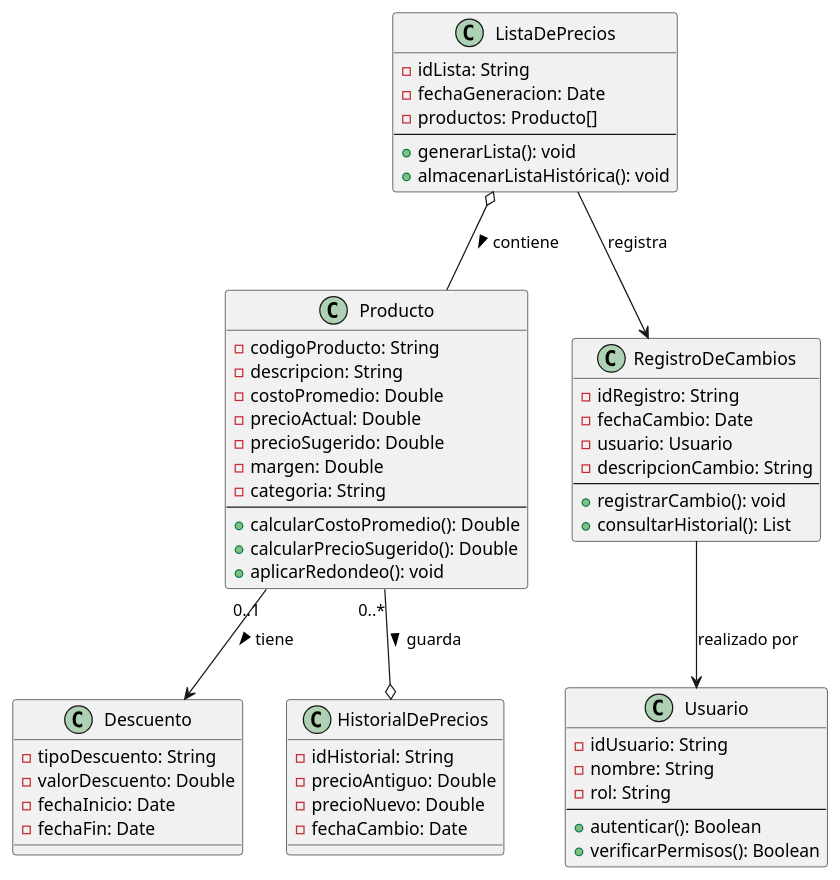
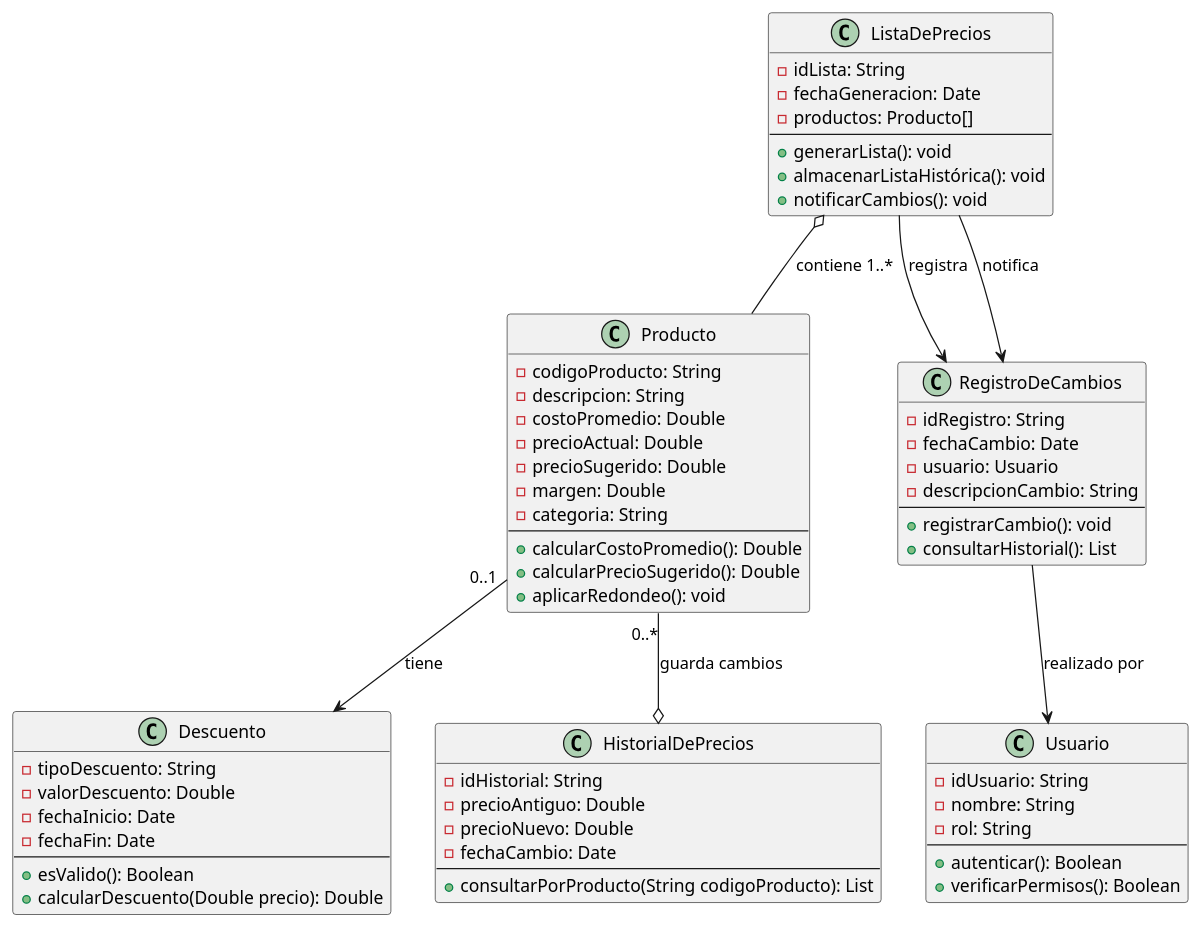
The diagram in diagramclass.plantuml (stevedch/aptc105), drawn with PlantUML before and after one commit. The commit also changed 4 other files, not shown here.

First line of the commit message:
docs(diagrams): update and enhance system diagrams with validation and modularity

```diff
--- a/diagramclass.plantuml
+++ b/diagramclass.plantuml
@@ -1,63 +1,70 @@
 @startuml
 class Producto {
     - codigoProducto: String
     - descripcion: String
     - costoPromedio: Double
     - precioActual: Double
     - precioSugerido: Double
     - margen: Double
     - categoria: String
     --
     + calcularCostoPromedio(): Double
     + calcularPrecioSugerido(): Double
     + aplicarRedondeo(): void
 }
 
 class ListaDePrecios {
     - idLista: String
     - fechaGeneracion: Date
     - productos: Producto[]
     --
     + generarLista(): void
     + almacenarListaHistórica(): void
+    + notificarCambios(): void
 }
 
 class Usuario {
     - idUsuario: String
     - nombre: String
     - rol: String
     --
     + autenticar(): Boolean
     + verificarPermisos(): Boolean
 }
 
 class RegistroDeCambios {
     - idRegistro: String
     - fechaCambio: Date
     - usuario: Usuario
     - descripcionCambio: String
     --
     + registrarCambio(): void
     + consultarHistorial(): List
 }
 
 class Descuento {
     - tipoDescuento: String
     - valorDescuento: Double
     - fechaInicio: Date
     - fechaFin: Date
+    --
+    + esValido(): Boolean
+    + calcularDescuento(Double precio): Double
 }
 
 class HistorialDePrecios {
     - idHistorial: String
     - precioAntiguo: Double
     - precioNuevo: Double
     - fechaCambio: Date
+    --
+    + consultarPorProducto(String codigoProducto): List
 }
 
-ListaDePrecios o-- Producto : contiene >
-Producto "0..*" --o HistorialDePrecios : guarda >
-Producto "0..1" --> Descuento : tiene >
+ListaDePrecios o-- Producto : "contiene 1..*"
+Producto "0..*" --o HistorialDePrecios : "guarda cambios"
+Producto "0..1" --> Descuento : "tiene"
 RegistroDeCambios --> Usuario : "realizado por"
 ListaDePrecios --> RegistroDeCambios : "registra"
+ListaDePrecios --> RegistroDeCambios : "notifica"
 @enduml
```
